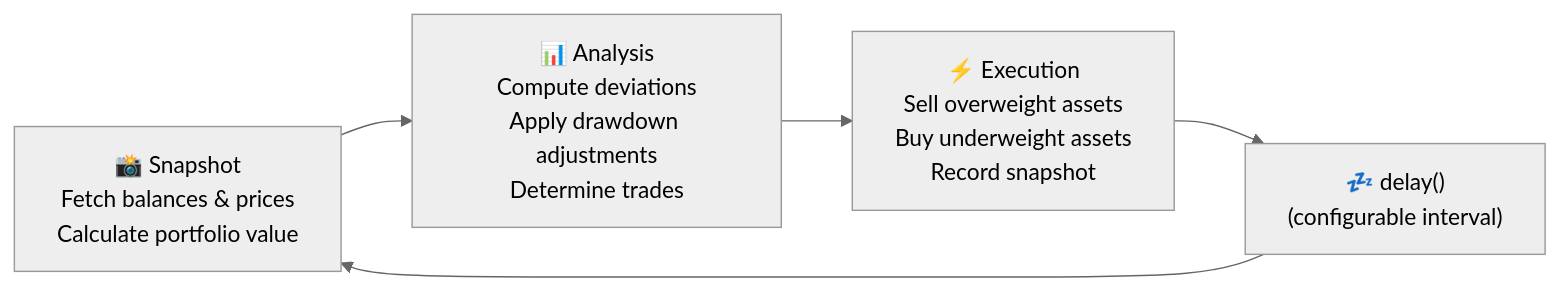
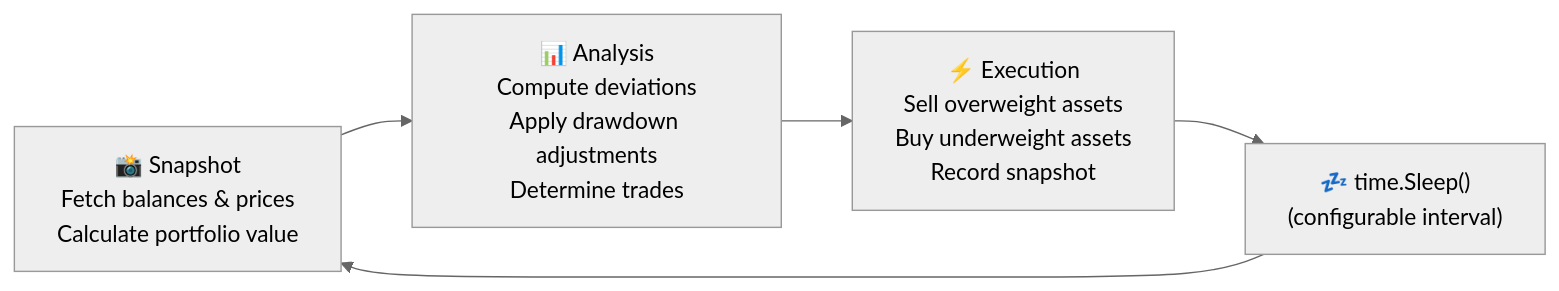
Before and after one commit to HyperVon/new-kraken-rebalancer: the second of 2 diagrams in README.md, drawn with Mermaid (neutral theme). The commit also changed other lines of this file and 110 other files, not shown here.

````diff
--- a/README.md
+++ b/README.md
@@ -154,7 +112,7 @@
 ```mermaid
 flowchart LR
     A["📸 Snapshot\nFetch balances & prices\nCalculate portfolio value"] --> B["📊 Analysis\nCompute deviations\nApply drawdown adjustments\nDetermine trades"]
     B --> C["⚡ Execution\nSell overweight assets\nBuy underweight assets\nRecord snapshot"]
-    C --> D["💤 delay()\n(configurable interval)"]
+    C --> D["💤 time.Sleep()\n(configurable interval)"]
     D --> A
 ```
````
